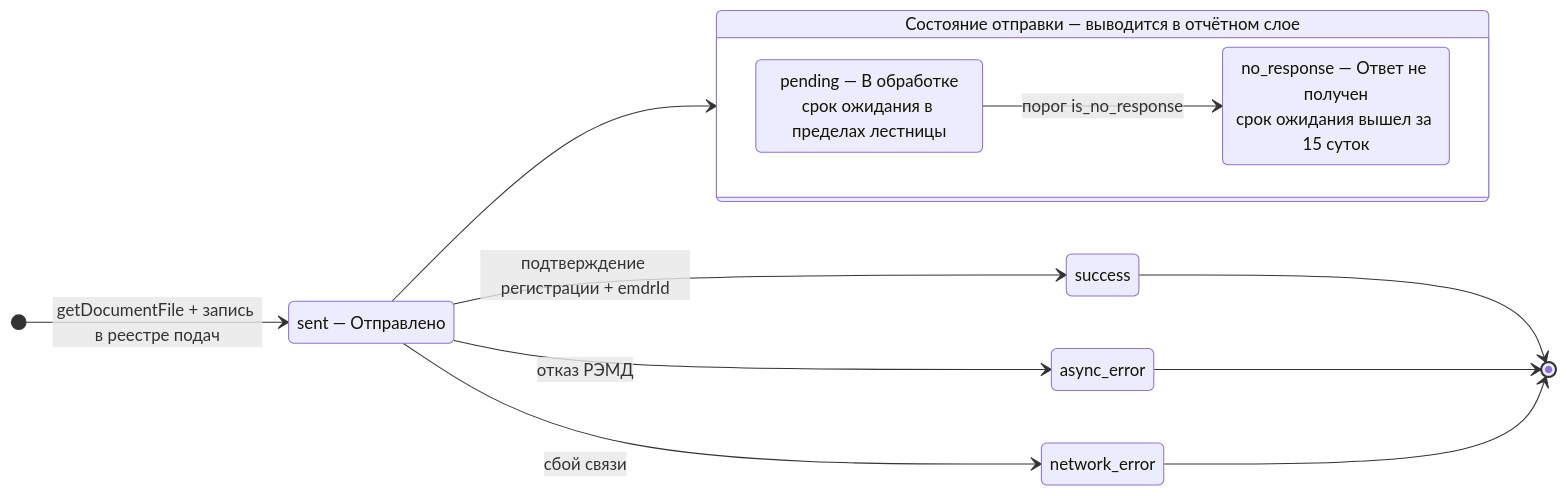
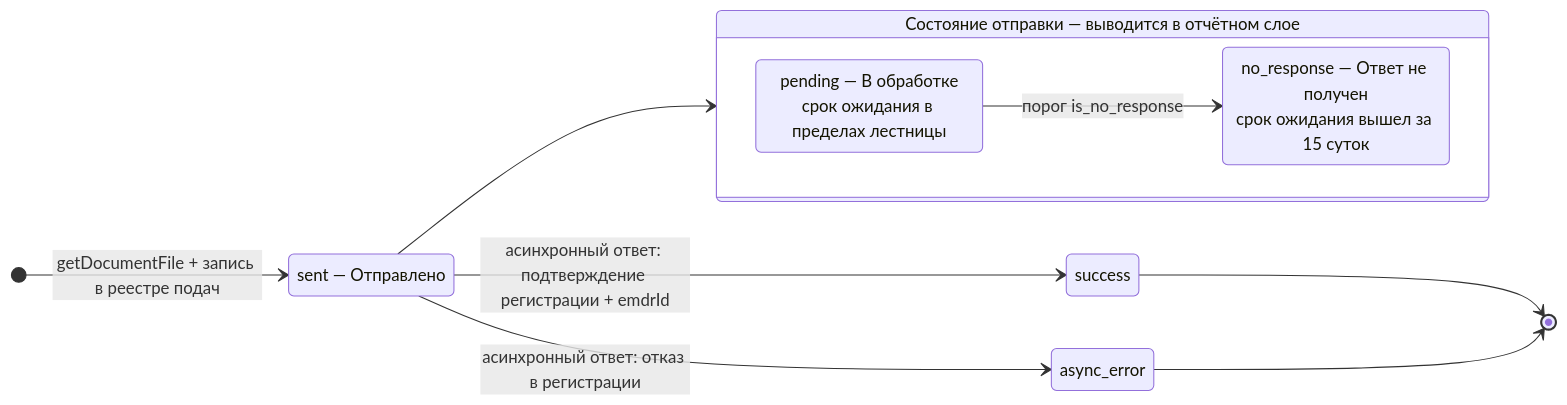
The fourth of 5 diagrams in README.md (asaf1n/EGISZ-Proxy-Reports-Airflow), drawn with Mermaid before and after one commit. The commit also changed other lines of this file and 45 other files, not shown here.

````diff
--- a/README.md
+++ b/README.md
@@ -358,22 +364,20 @@
 ```mermaid
 stateDiagram-v2
     direction LR
     [*] --> sent: getDocumentFile + запись в реестре подач
 
     state "sent — Отправлено" as sent
     state "Состояние отправки — выводится в отчётном слое" as detail {
         direction LR
         pending: pending — В обработке<br/>срок ожидания в пределах лестницы
         no_response: no_response — Ответ не получен<br/>срок ожидания вышел за 15 суток
         pending --> no_response: порог is_no_response
     }
 
     sent --> detail
-    sent --> success: подтверждение регистрации + emdrId
-    sent --> async_error: отказ РЭМД
-    sent --> network_error: сбой связи
+    sent --> success: асинхронный ответ: подтверждение регистрации + emdrId
+    sent --> async_error: асинхронный ответ: отказ в регистрации
 
     success --> [*]
     async_error --> [*]
-    network_error --> [*]
 ```
````
